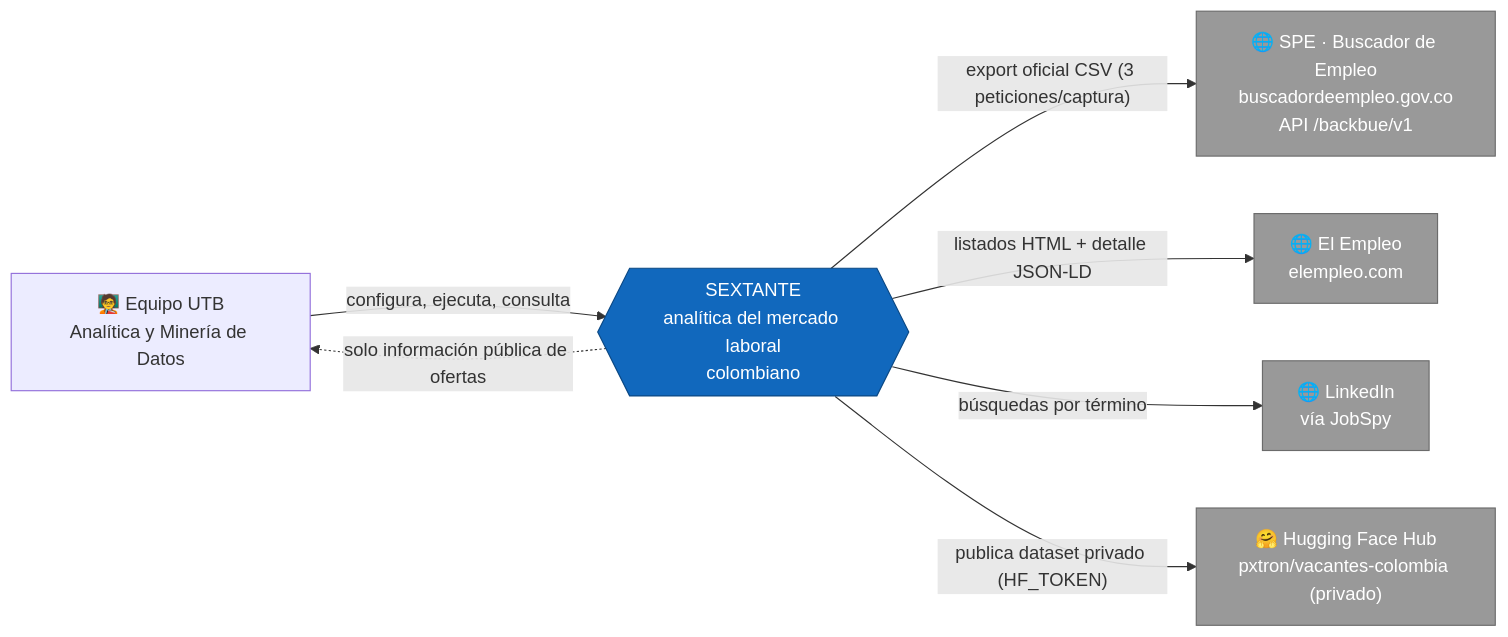
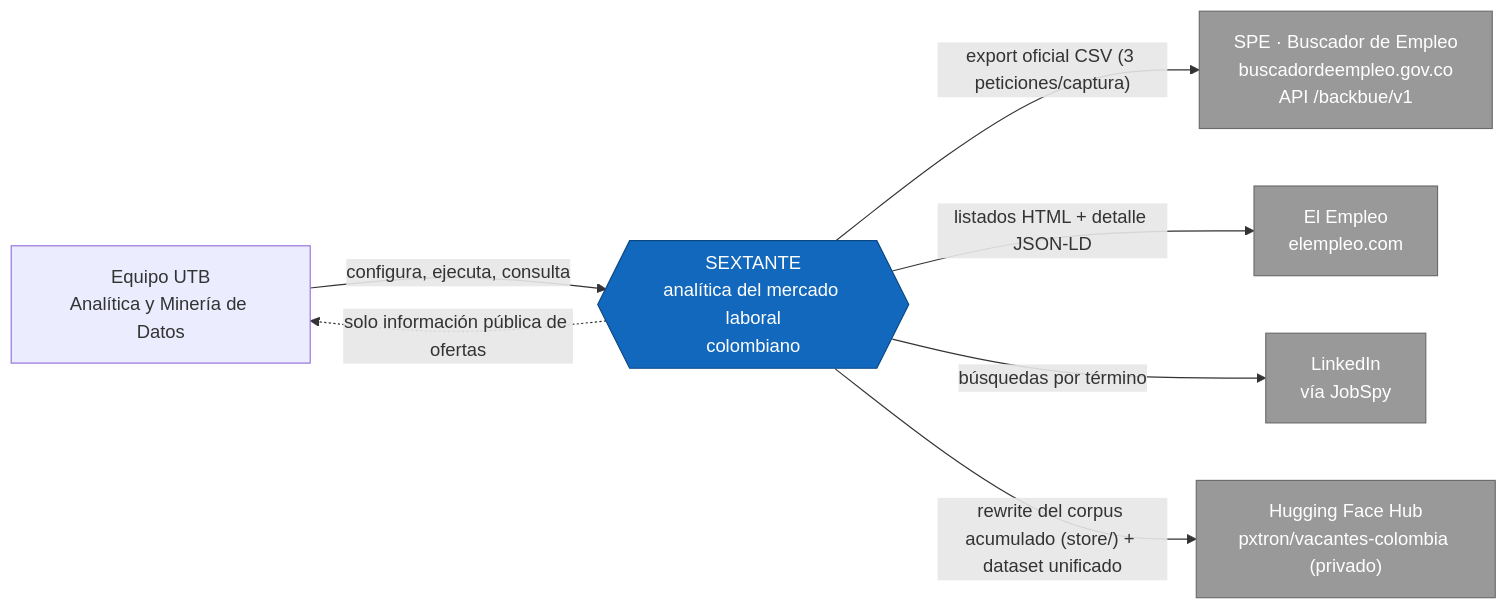
One commit to shalom-A26/SEXTANTE changed the first of 7 diagrams in docs/arquitectura.md. Above: the diagram before and after it, drawn with Mermaid. The commit also changed other lines of this file and 8 other files, not shown here.

First line of the commit message:
feat: captura en GitHub Actions con Hugging Face como memoria persistente

````diff
--- a/docs/arquitectura.md
+++ b/docs/arquitectura.md
@@ -42,21 +42,21 @@
 ```mermaid
 flowchart LR
-    u["🧑‍🏫 Equipo UTB<br/>Analítica y Minería de Datos"]
+    u["Equipo UTB<br/>Analítica y Minería de Datos"]
     s{{"SEXTANTE<br/>analítica del mercado laboral<br/>colombiano"}}
-    spe["🌐 SPE · Buscador de Empleo<br/>buscadordeempleo.gov.co<br/>API /backbue/v1"]
-    ee["🌐 El Empleo<br/>elempleo.com"]
-    li["🌐 LinkedIn<br/>vía JobSpy"]
-    hf["🤗 Hugging Face Hub<br/>pxtron/vacantes-colombia (privado)"]
+    spe["SPE · Buscador de Empleo<br/>buscadordeempleo.gov.co<br/>API /backbue/v1"]
+    ee["El Empleo<br/>elempleo.com"]
+    li["LinkedIn<br/>vía JobSpy"]
+    hf["Hugging Face Hub<br/>pxtron/vacantes-colombia (privado)"]
 
     u -->|configura, ejecuta, consulta| s
     s -->|"export oficial CSV (3 peticiones/captura)"| spe
     s -->|"listados HTML + detalle JSON-LD"| ee
     s -->|"búsquedas por término"| li
-    s -->|"publica dataset privado (HF_TOKEN)"| hf
+    s -->|"rewrite del corpus acumulado (store/) + dataset unificado"| hf
     s -.->|"solo información pública de ofertas"| u
 
     classDef sist fill:#1168bd,color:#fff,stroke:#0b4884;
     classDef ext fill:#999999,color:#fff,stroke:#6b6b6b;
     class s sist;
     class spe,ee,li,hf ext;
 ```
````
